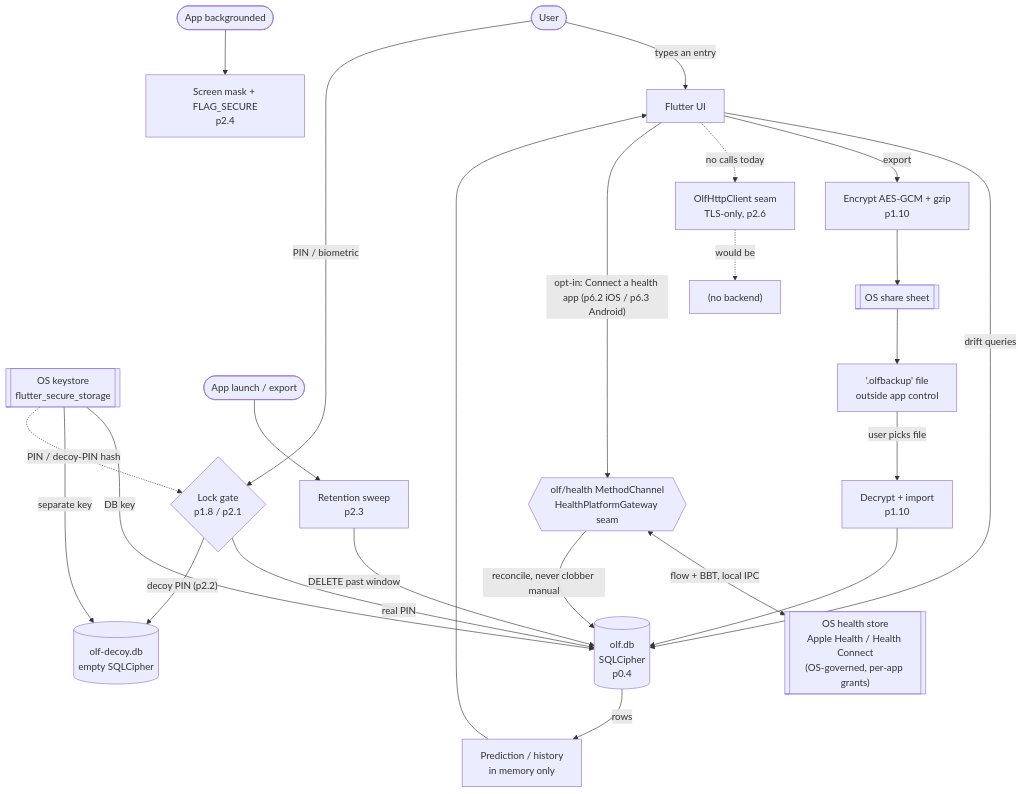
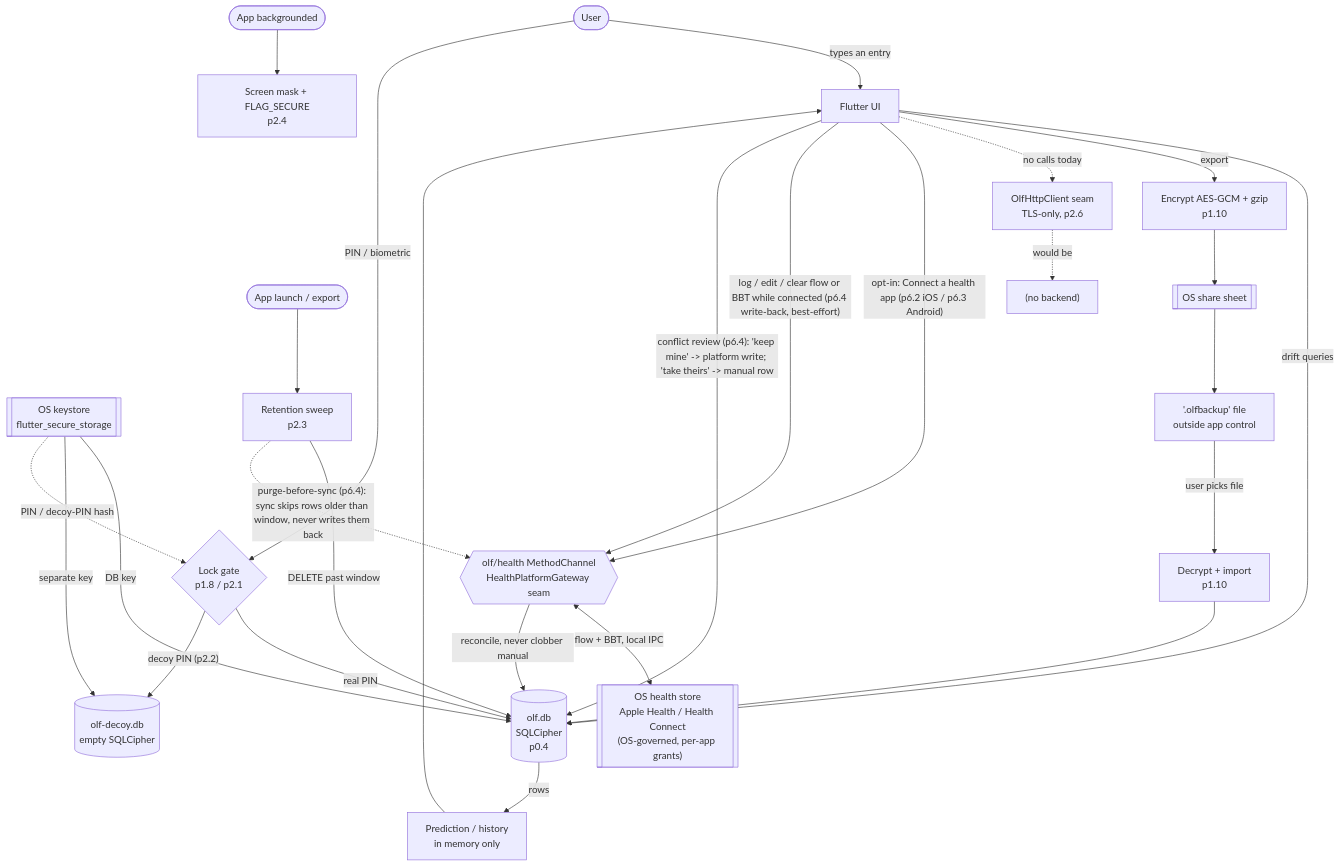
Before and after one commit to Abbo0dio/olf: the diagram in docs/threat-model.md, drawn with Mermaid. The commit also changed other lines of this file and 18 other files, not shown here.

````diff
--- a/docs/threat-model.md
+++ b/docs/threat-model.md
@@ -104,32 +104,35 @@
 ```mermaid
 flowchart TD
     User([User]) -->|types an entry| UI[Flutter UI]
     User -->|PIN / biometric| Gate{"Lock gate<br/>p1.8 / p2.1"}
     Gate -->|real PIN| RealVault[("olf.db<br/>SQLCipher<br/>p0.4")]
     Gate -->|"decoy PIN (p2.2)"| DecoyVault[("olf-decoy.db<br/>empty SQLCipher")]
 
     KS[["OS keystore<br/>flutter_secure_storage"]] -->|DB key| RealVault
     KS -->|separate key| DecoyVault
     KS -.->|PIN / decoy-PIN hash| Gate
 
     UI -->|drift queries| RealVault
     RealVault -->|rows| Derive["Prediction / history<br/>in memory only"]
     Derive --> UI
 
     Launch([App launch / export]) --> Sweep["Retention sweep<br/>p2.3"]
     Sweep -->|DELETE past window| RealVault
 
     UI -->|export| Enc["Encrypt AES-GCM + gzip<br/>p1.10"]
     Enc --> Save[[OS share sheet]]
     Save --> Outside["'.olfbackup' file<br/>outside app control"]
     Outside -->|user picks file| Dec["Decrypt + import<br/>p1.10"] --> RealVault
 
     Lifecycle([App backgrounded]) --> Mask["Screen mask + FLAG_SECURE<br/>p2.4"]
 
     UI -.->|no calls today| Net["OlfHttpClient seam<br/>TLS-only, p2.6"]
     Net -.->|would be| NoBackend["(no backend)"]
 
     UI -->|"opt-in: Connect a health app (p6.2 iOS / p6.3 Android)"| HKBridge{{"olf/health MethodChannel<br/>HealthPlatformGateway seam"}}
     HKBridge <-->|"flow + BBT, local IPC"| HealthStore[["OS health store<br/>Apple Health / Health Connect<br/>(OS-governed, per-app grants)"]]
     HKBridge -->|"reconcile, never clobber manual"| RealVault
+    UI -->|"log / edit / clear flow or BBT while connected (p6.4 write-back, best-effort)"| HKBridge
+    Sweep -.->|"purge-before-sync (p6.4): sync skips rows older than window, never writes them back"| HKBridge
+    UI -->|"conflict review (p6.4): 'keep mine' -> platform write; 'take theirs' -> manual row"| RealVault
 ```
````
